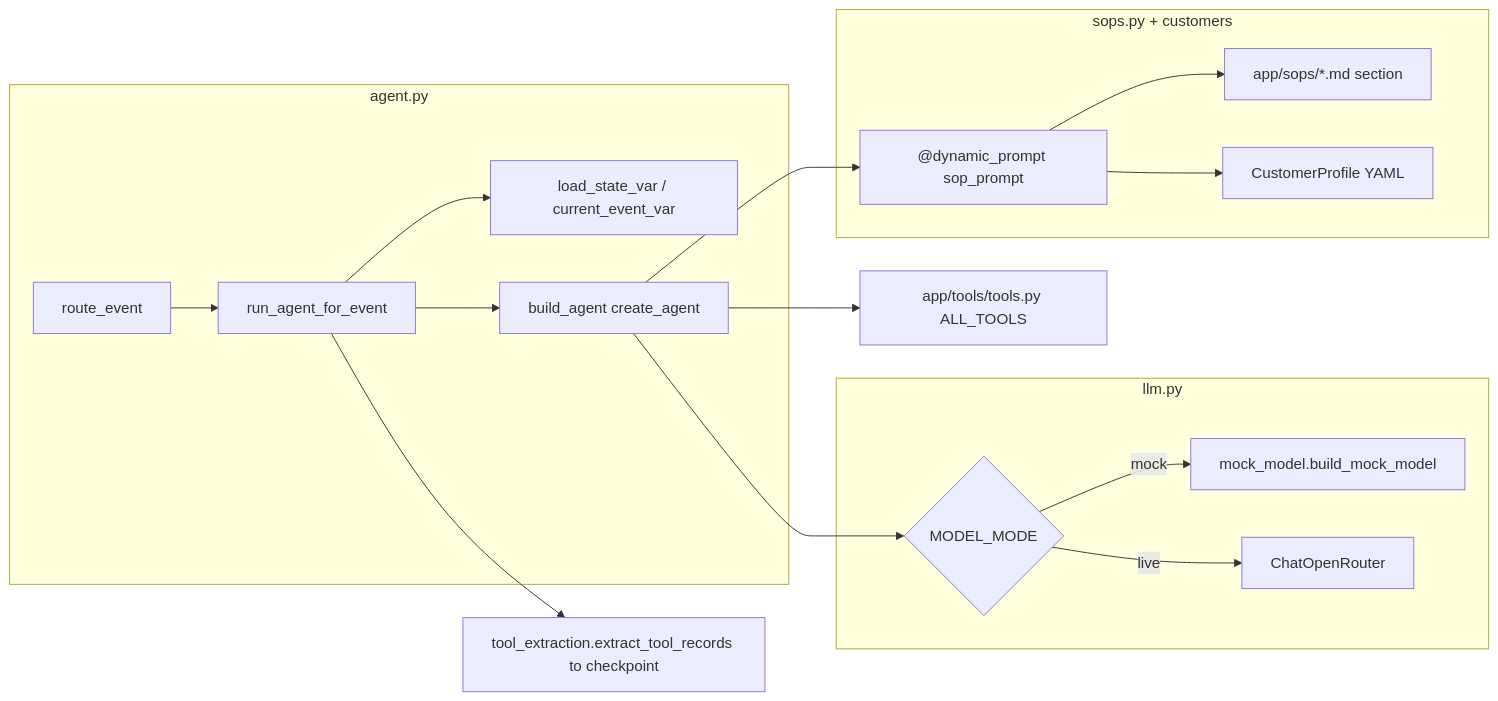
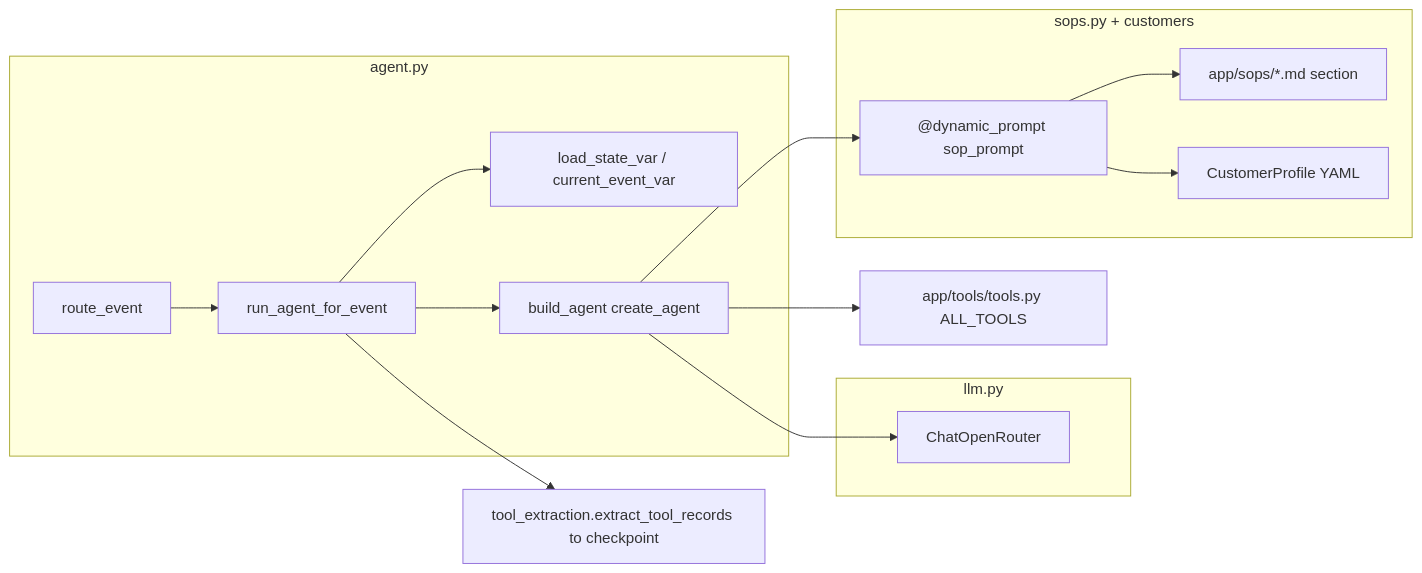
The third of 3 diagrams in app/worker/CLAUDE.md (agualbbus/fh-challenge), drawn with Mermaid before and after one commit. The commit also changed other lines of this file and 31 other files, not shown here.

First line of the commit message:
Refactor agent architecture and remove mock model references

````diff
--- a/app/worker/CLAUDE.md
+++ b/app/worker/CLAUDE.md
@@ -96,20 +95,18 @@
 ```mermaid
 flowchart LR
     subgraph agentLayer [agent.py]
         routeEvent["route_event"] --> runAgent["run_agent_for_event"]
         runAgent --> ctxVars["load_state_var / current_event_var"]
         runAgent --> buildAgent["build_agent create_agent"]
     end
     subgraph llmLayer [llm.py]
-        buildAgent --> modeCheck{MODEL_MODE}
-        modeCheck -->|mock| mockModel["mock_model.build_mock_model"]
-        modeCheck -->|live| openRouter["ChatOpenRouter"]
+        buildAgent --> openRouter["ChatOpenRouter"]
     end
     subgraph promptLayer [sops.py + customers]
         buildAgent --> sopPrompt["@dynamic_prompt sop_prompt"]
         sopPrompt --> sopFile["app/sops/*.md section"]
         sopPrompt --> profile["CustomerProfile YAML"]
     end
     buildAgent --> tools["app/tools/tools.py ALL_TOOLS"]
     runAgent --> extract["tool_extraction.extract_tool_records to checkpoint"]
 ```
````
